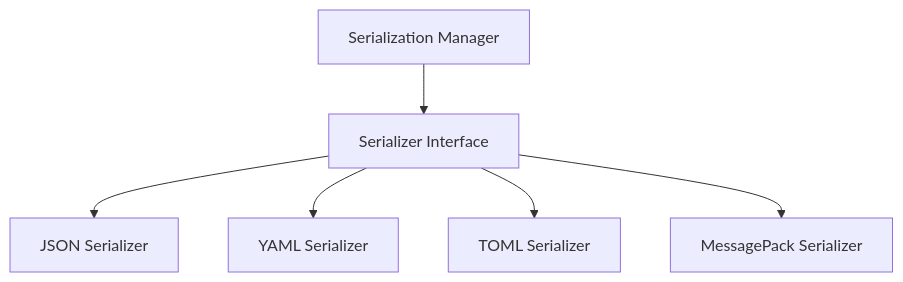
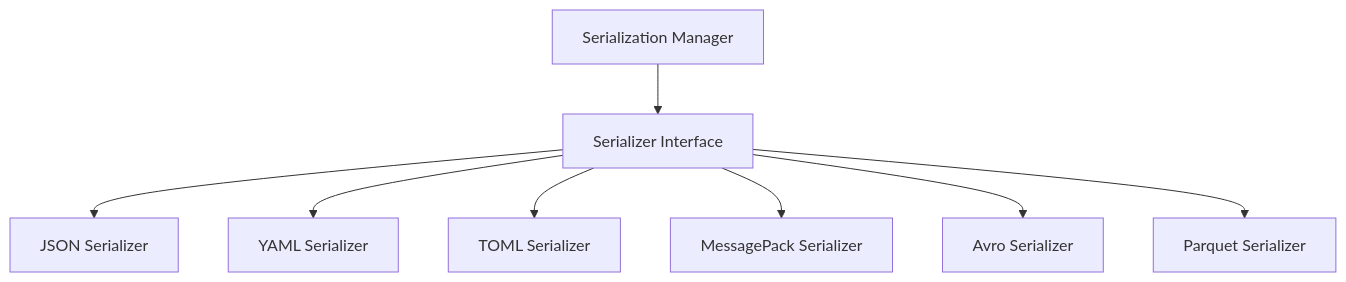
The diagram in src/codomyrmex/serialization/SPEC.md (docxology/codomyrmex), drawn with Mermaid before and after one commit. The commit also changed other lines of this file and 161 other files, not shown here.

````diff
--- a/src/codomyrmex/serialization/SPEC.md
+++ b/src/codomyrmex/serialization/SPEC.md
@@ -43,15 +49,19 @@
 ```mermaid
 graph TD
     SerializerInterface[Serializer Interface]
     JSONSerializer[JSON Serializer]
     YAMLSerializer[YAML Serializer]
     TOMLSerializer[TOML Serializer]
     MessagePackSerializer[MessagePack Serializer]
+    AvroSerializer[Avro Serializer]
+    ParquetSerializer[Parquet Serializer]
     SerializationManager[Serialization Manager]
     
     SerializerInterface --> JSONSerializer
     SerializerInterface --> YAMLSerializer
     SerializerInterface --> TOMLSerializer
     SerializerInterface --> MessagePackSerializer
+    SerializerInterface --> AvroSerializer
+    SerializerInterface --> ParquetSerializer
     SerializationManager --> SerializerInterface
 ```
````
